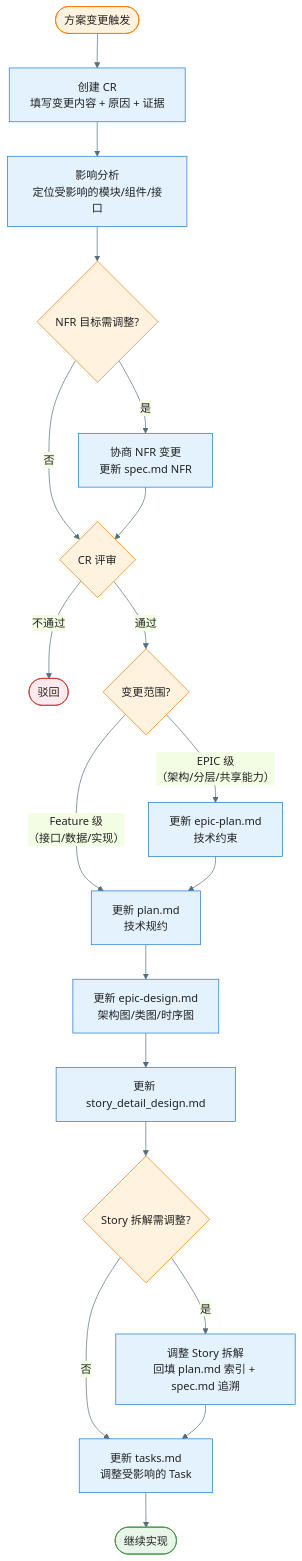
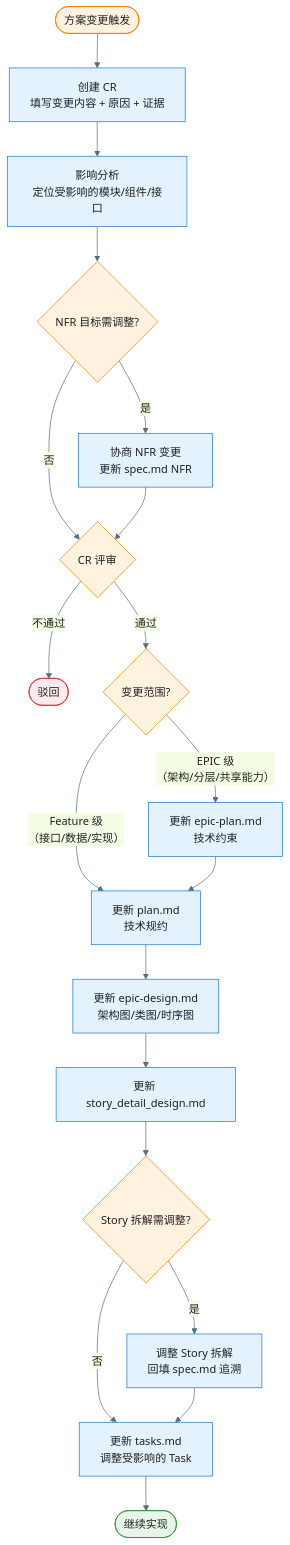
One commit to jackykarma/Verity changed the fifth of 5 diagrams in .specify/workflow-overview.md. Above: the diagram before and after it, drawn with Mermaid. The commit also changed other lines of this file and 14 other files, not shown here.

First line of the commit message:
📝 docs(Spec Kit): 调整 EPIC/Feature 拆分与 plan 职责

````diff
--- a/.specify/workflow-overview.md
+++ b/.specify/workflow-overview.md
@@ -234,30 +234,30 @@
 ```mermaid
 %%{init: {'theme': 'base', 'themeVariables': { 'primaryColor': '#E3F2FD', 'primaryTextColor': '#212121', 'primaryBorderColor': '#1976D2', 'lineColor': '#546E7A'}}}%%
 flowchart TD
     Trigger([方案变更触发]) --> CreateCR["创建 CR<br/>填写变更内容 + 原因 + 证据"]
     CreateCR --> Impact["影响分析<br/>定位受影响的模块/组件/接口"]
     Impact --> CheckNFR{NFR 目标需调整?}
     CheckNFR -->|是| NegotiateNFR["协商 NFR 变更<br/>更新 spec.md NFR"]
     CheckNFR -->|否| Review{CR 评审}
     NegotiateNFR --> Review
     Review -->|不通过| Reject([驳回])
     Review -->|通过| Scope{变更范围?}
     Scope -->|"EPIC 级<br/>（架构/分层/共享能力）"| UpdateEpicPlan["更新 epic-plan.md<br/>技术约束"]
     Scope -->|"Feature 级<br/>（接口/数据/实现）"| UpdatePlan["更新 plan.md<br/>技术规约"]
     UpdateEpicPlan --> UpdatePlan
     UpdatePlan --> UpdateDesign["更新 epic-design.md<br/>架构图/类图/时序图"]
     UpdateDesign --> UpdateL2["更新 story_detail_design.md"]
     UpdateL2 --> CheckStory{Story 拆解需调整?}
-    CheckStory -->|是| UpdateStory["调整 Story 拆解<br/>回填 plan.md 索引 + spec.md 追溯"]
+    CheckStory -->|是| UpdateStory["调整 Story 拆解<br/>回填 spec.md 追溯"]
     CheckStory -->|否| UpdateTasks["更新 tasks.md<br/>调整受影响的 Task"]
     UpdateStory --> UpdateTasks
     UpdateTasks --> Continue([继续实现])
 
     style Trigger fill:#FFF3E0,stroke:#F57C00
     style Reject fill:#FFEBEE,stroke:#D32F2F
     style Continue fill:#E8F5E9,stroke:#388E3C
     style Review fill:#FFF3E0,stroke:#F57C00
     style CheckNFR fill:#FFF3E0,stroke:#F57C00
     style Scope fill:#FFF3E0,stroke:#F57C00
     style CheckStory fill:#FFF3E0,stroke:#F57C00
 ```
````
